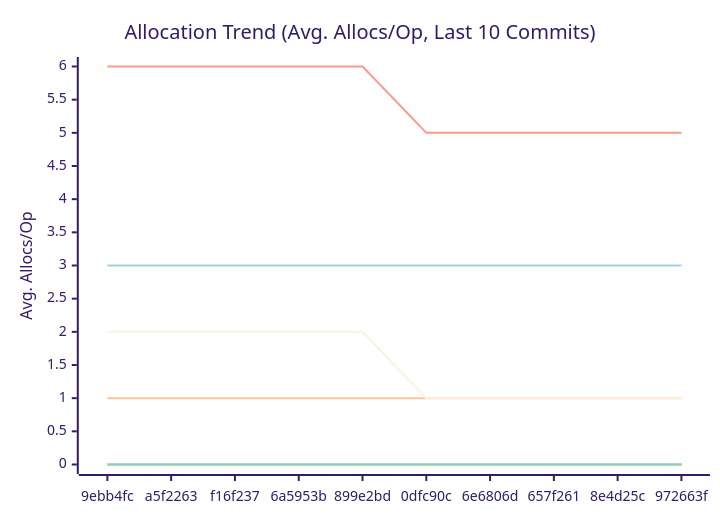
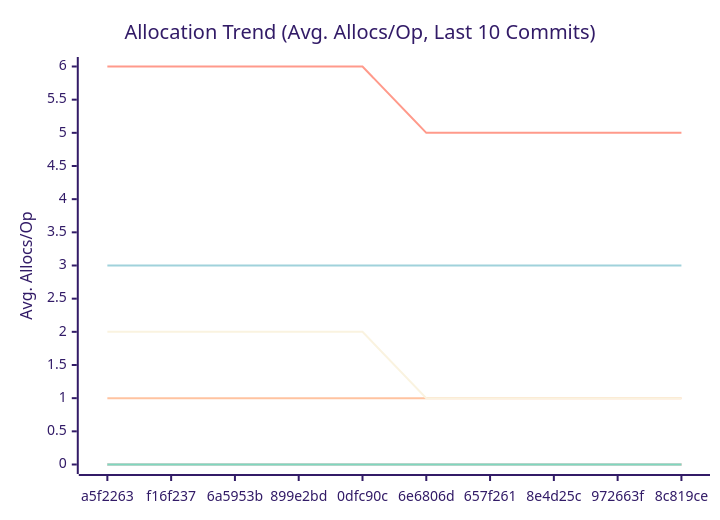
The third of 3 diagrams in docs/PERFORMANCE.md (alsotoes/momo), drawn with Mermaid (forest theme) before and after one commit. The commit also changed other lines of this file and 4 other files, not shown here.

````diff
--- a/docs/PERFORMANCE.md
+++ b/docs/PERFORMANCE.md
@@ -114,16 +114,16 @@
 ```mermaid
 xychart-beta
     title "Allocation Trend (Avg. Allocs/Op, Last 10 Commits)"
     x-axis "Commit"
     y-axis "Avg. Allocs/Op"
-    x-axis [9ebb4fc,a5f2263,f16f237,6a5953b,899e2bd,0dfc90c,6e6806d,657f261,8e4d25c,972663f]
+    x-axis [a5f2263,f16f237,6a5953b,899e2bd,0dfc90c,6e6806d,657f261,8e4d25c,972663f,8c819ce]
     line "CheckMetricsAndSwap" [0,0,0,0,0,0,0,0,0,0]
     line "CrushOptimized" [0,0,0,0,0,0,0,0,0,0]
     line "CrushOriginal" [3,3,3,3,3,3,3,3,3,3]
     line "IndexDirectTracking" [0,0,0,0,0,0,0,0,0,0]
     line "IndexSearch" [0,0,0,0,0,0,0,0,0,0]
     line "LoadGlobalConfig" [1,1,1,1,1,1,1,1,1,1]
     line "PadString" [0,0,0,0,0,0,0,0,0,0]
     line "ParseReplicationOrder_NoPrealloc" [6,6,6,6,6,5,5,5,5,5]
     line "ParseReplicationOrder_Prealloc" [2,2,2,2,2,1,1,1,1,1]
 ```
````
